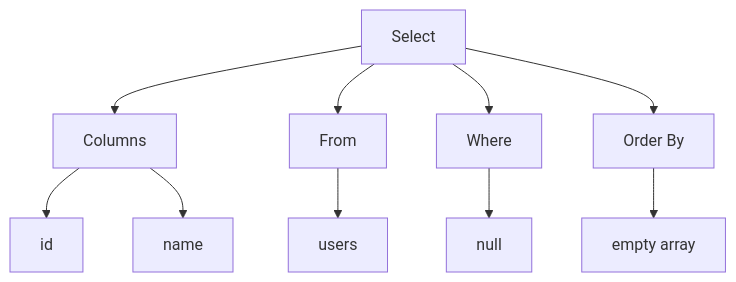
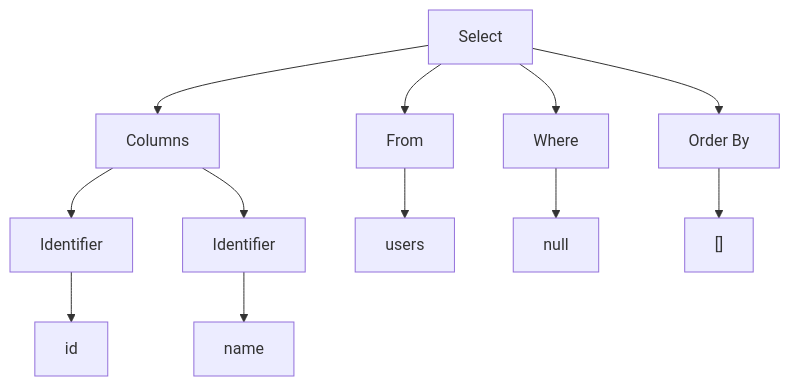
One commit to TickLabVN/challenges changed the first of 16 diagrams in engineer/cs/simple-csv-query-tool/timelines/week_2/testcase.md. Above: the diagram before and after it, drawn with Mermaid. The commit also changed other lines of this file, not shown here.

````diff
--- a/engineer/cs/simple-csv-query-tool/timelines/week_2/testcase.md
+++ b/engineer/cs/simple-csv-query-tool/timelines/week_2/testcase.md
@@ -21,14 +21,14 @@
 ```mermaid
 flowchart TD
     S[Select]
     S --> C[Columns]
     S --> F[From]
     S --> W[Where]
     S --> O[Order By]
 
-    C --> ID[id]
-    C --> NAME[name]
+    C --> IDENTIFIER1[Identifier] --> ID[id]
+    C --> IDENTIFIER2[Identifier] --> NAME[name]
     F --> USERS[users]
     W --> NONE[null]
-    O --> EMPTY[empty array]
+    O --> EMPTY["[]"]
 ```
````
